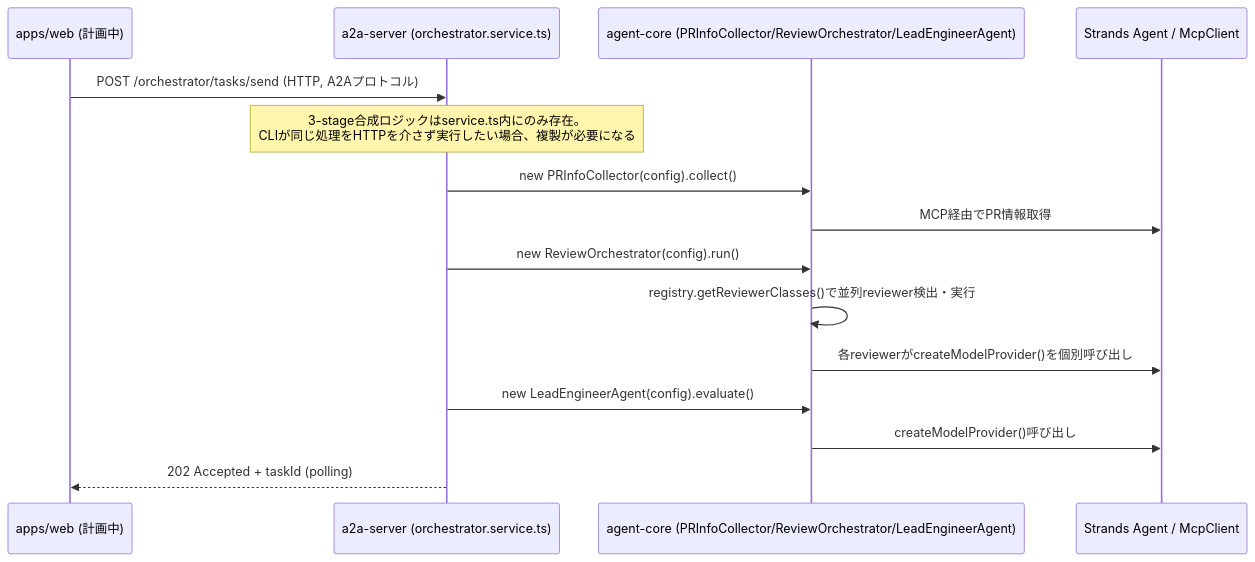
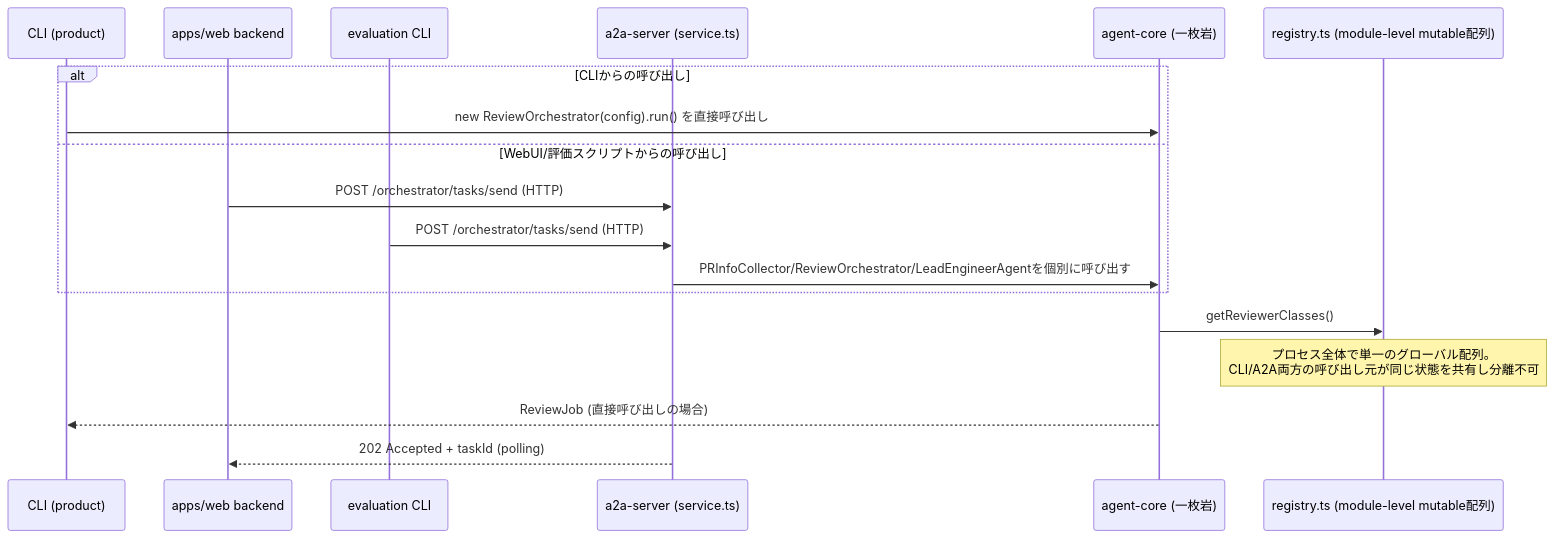
One commit to kuju63/code-review-agents changed the second of 6 diagrams in docs/adr/0008-core-extension-boundaries.md. Above: the diagram before and after it, drawn with Mermaid. The commit also changed other lines of this file, not shown here.

First line of the commit message:
docs(adr): restructure ADR-0008 options to whole-ADR level (#346)

````diff
--- a/docs/adr/0008-core-extension-boundaries.md
+++ b/docs/adr/0008-core-extension-boundaries.md
@@ -182,18 +187,21 @@
 ```mermaid
 sequenceDiagram
-    participant WebUI as apps/web (計画中)
-    participant A2A as a2a-server (orchestrator.service.ts)
-    participant Core as agent-core (PRInfoCollector/ReviewOrchestrator/LeadEngineerAgent)
-    participant Strands as Strands Agent / McpClient
+    participant CLI as CLI (product)
+    participant WebBackend as apps/web backend
+    participant EvalCLI as evaluation CLI
+    participant A2A as a2a-server (service.ts)
+    participant Core as agent-core (一枚岩)
+    participant Registry as registry.ts (module-level mutable配列)
 
-    WebUI->>A2A: POST /orchestrator/tasks/send (HTTP, A2Aプロトコル)
-    Note over A2A: 3-stage合成ロジックはservice.ts内にのみ存在。<br/>CLIが同じ処理をHTTPを介さず実行したい場合、複製が必要になる
-    A2A->>Core: new PRInfoCollector(config).collect()
-    Core->>Strands: MCP経由でPR情報取得
-    A2A->>Core: new ReviewOrchestrator(config).run()
-    Core->>Core: registry.getReviewerClasses()で並列reviewer検出・実行
-    Core->>Strands: 各reviewerがcreateModelProvider()を個別呼び出し
-    A2A->>Core: new LeadEngineerAgent(config).evaluate()
-    Core->>Strands: createModelProvider()呼び出し
-    A2A-->>WebUI: 202 Accepted + taskId (polling)
+    alt CLIからの呼び出し
+        CLI->>Core: new ReviewOrchestrator(config).run() を直接呼び出し
+    else WebUI/評価スクリプトからの呼び出し
+        WebBackend->>A2A: POST /orchestrator/tasks/send (HTTP)
+        EvalCLI->>A2A: POST /orchestrator/tasks/send (HTTP)
+        A2A->>Core: PRInfoCollector/ReviewOrchestrator/LeadEngineerAgentを個別に呼び出す
+    end
+    Core->>Registry: getReviewerClasses()
+    Note over Registry: プロセス全体で単一のグローバル配列。<br/>CLI/A2A両方の呼び出し元が同じ状態を共有し分離不可
+    Core-->>CLI: ReviewJob (直接呼び出しの場合)
+    A2A-->>WebBackend: 202 Accepted + taskId (polling)
 ```
````
